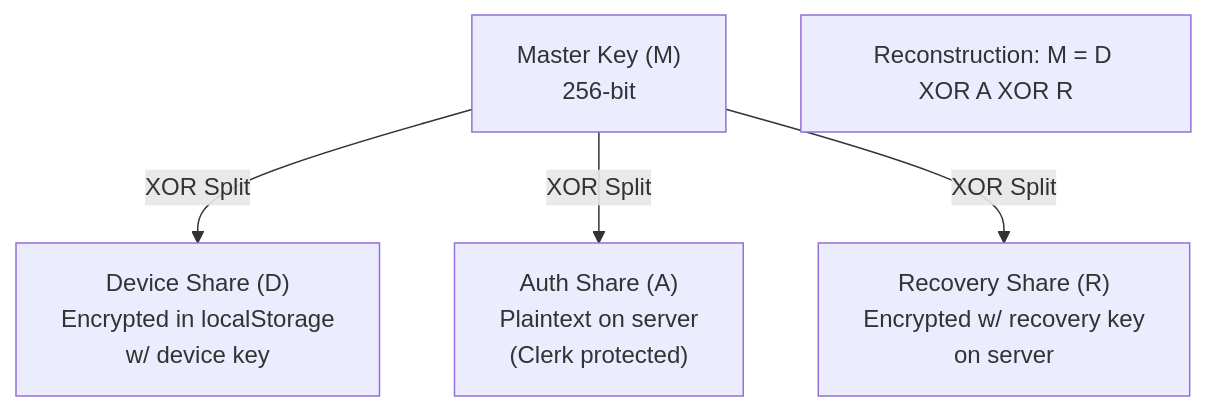
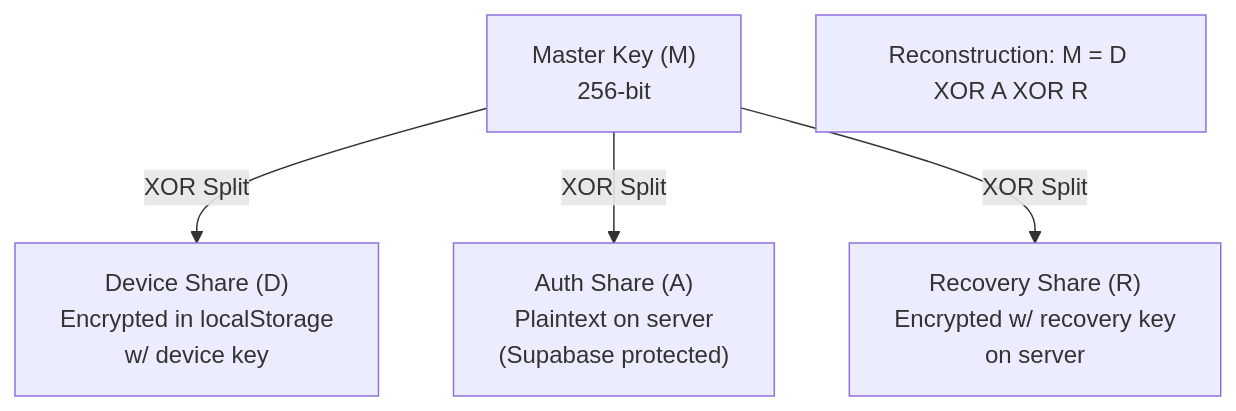
The first of 2 diagrams in apps/docs/content/docs/whitepaper/key-sharding.mdx (onera-app/onera), drawn with Mermaid before and after one commit. The commit also changed other lines of this file and 12 other files, not shown here.

First line of the commit message:
chore: update documentation to reflect Supabase integration and remove Clerk references

````diff
--- a/apps/docs/content/docs/whitepaper/key-sharding.mdx
+++ b/apps/docs/content/docs/whitepaper/key-sharding.mdx
@@ -12,10 +12,10 @@
 ```mermaid
 flowchart TB
     MK["Master Key (M)<br/>256-bit"]
     
     MK -->|XOR Split| DS["Device Share (D)<br/>Encrypted in localStorage<br/>w/ device key"]
-    MK -->|XOR Split| AS["Auth Share (A)<br/>Plaintext on server<br/>(Clerk protected)"]
+    MK -->|XOR Split| AS["Auth Share (A)<br/>Plaintext on server<br/>(Supabase protected)"]
     MK -->|XOR Split| RS["Recovery Share (R)<br/>Encrypted w/ recovery key<br/>on server"]
     
     Note["Reconstruction: M = D XOR A XOR R"]
 ```
````
